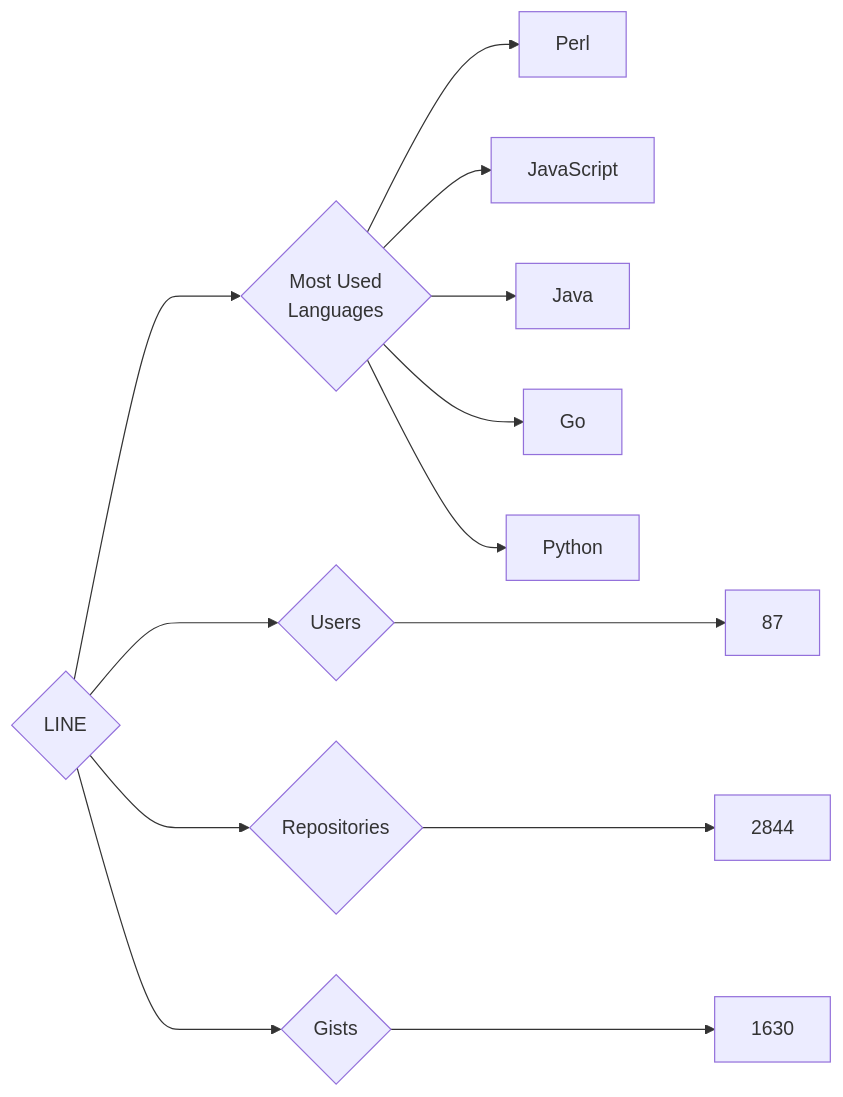
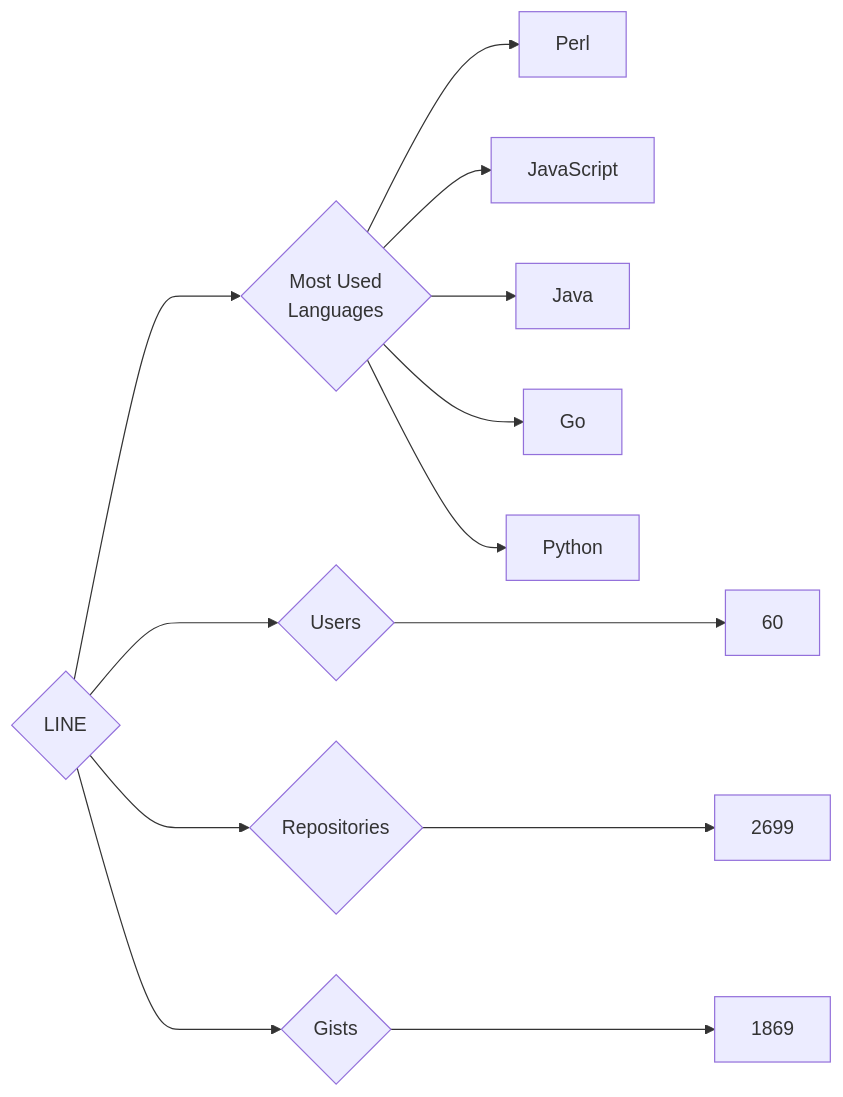
Before and after one commit to trickest/insiders: the diagram in targets/LINE/README.md, drawn with Mermaid. The commit also changed 622 other files, not shown here.

````diff
--- a/targets/LINE/README.md
+++ b/targets/LINE/README.md
@@ -3,13 +3,13 @@
 ```mermaid
 graph LR
 COMPANY_NAME{LINE}
-COMPANY_NAME ---> U{Users} ---> UN[87]
-COMPANY_NAME ---> R{Repositories} ---> RN[2844]
-COMPANY_NAME ---> G{Gists} ---> GN[1630]
+COMPANY_NAME ---> U{Users} ---> UN[60]
+COMPANY_NAME ---> R{Repositories} ---> RN[2699]
+COMPANY_NAME ---> G{Gists} ---> GN[1869]
 COMPANY_NAME ---> ML{Most Used<br>Languages}
 ML --> Perl[Perl]
 ML --> JavaScript[JavaScript]
 ML --> Java[Java]
 ML --> Go[Go]
 ML --> Python[Python]
 ```
````
